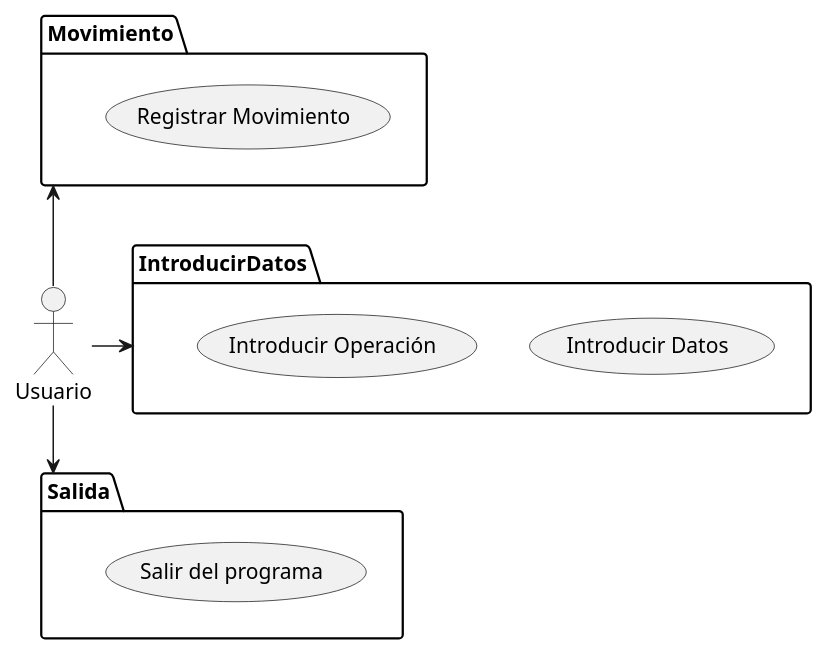
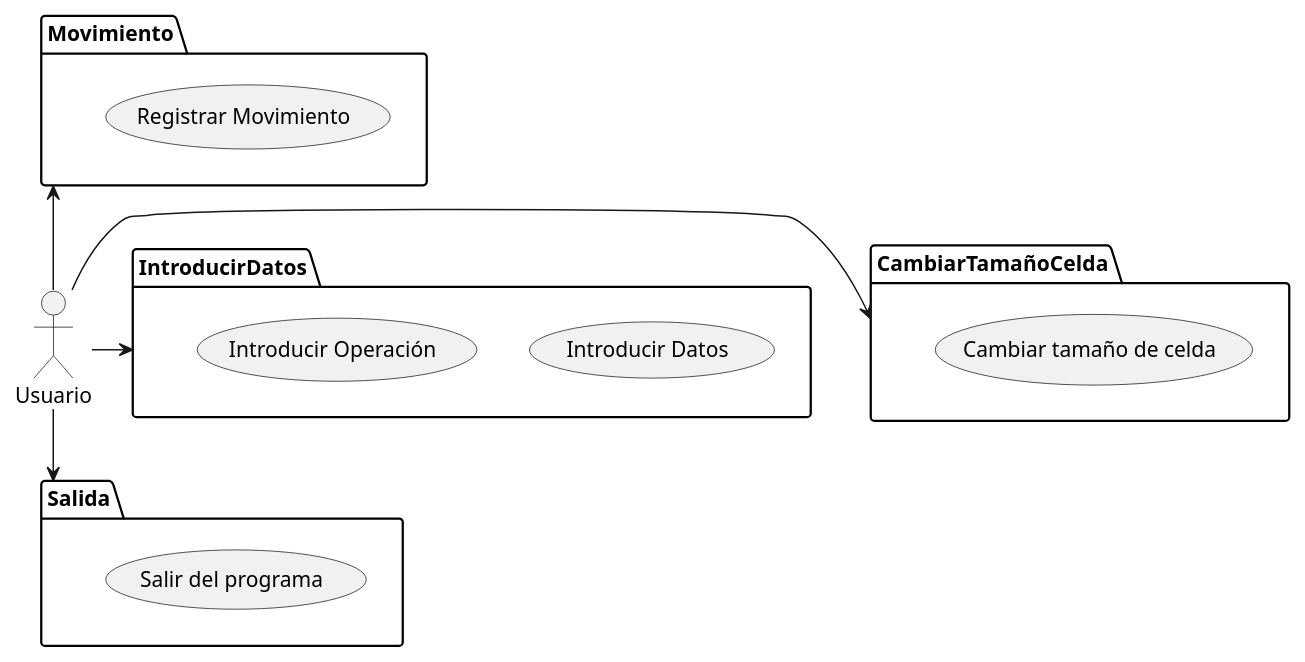
One commit to pablarce/23-24-IdSw2-SDD changed the diagram in casosDeUso/Casos.puml. Above: the diagram before and after it, drawn with PlantUML. The commit also changed 1 other file, not shown here.

Commit message:
Ampliando diagrama de estados y de casos

```diff
--- a/casosDeUso/Casos.puml
+++ b/casosDeUso/Casos.puml
@@ -1,22 +1,27 @@
 @startuml casos 
 
 actor Usuario
 
 package Movimiento{
     usecase "Registrar Movimiento" as UC1
 }
 
 package Salida{
     usecase "Salir del programa" as UC4
 }
 
 package IntroducirDatos{
     usecase "Introducir Datos" as UC2
     usecase "Introducir Operación" as UC3
 }
 
+package CambiarTamañoCelda{
+    usecase "Cambiar tamaño de celda" as UC5
+}
+
 Usuario -up-> Movimiento
 Usuario -down-> Salida
 Usuario -right-> IntroducirDatos
+Usuario -left-> CambiarTamañoCelda
 
 @enduml
```
